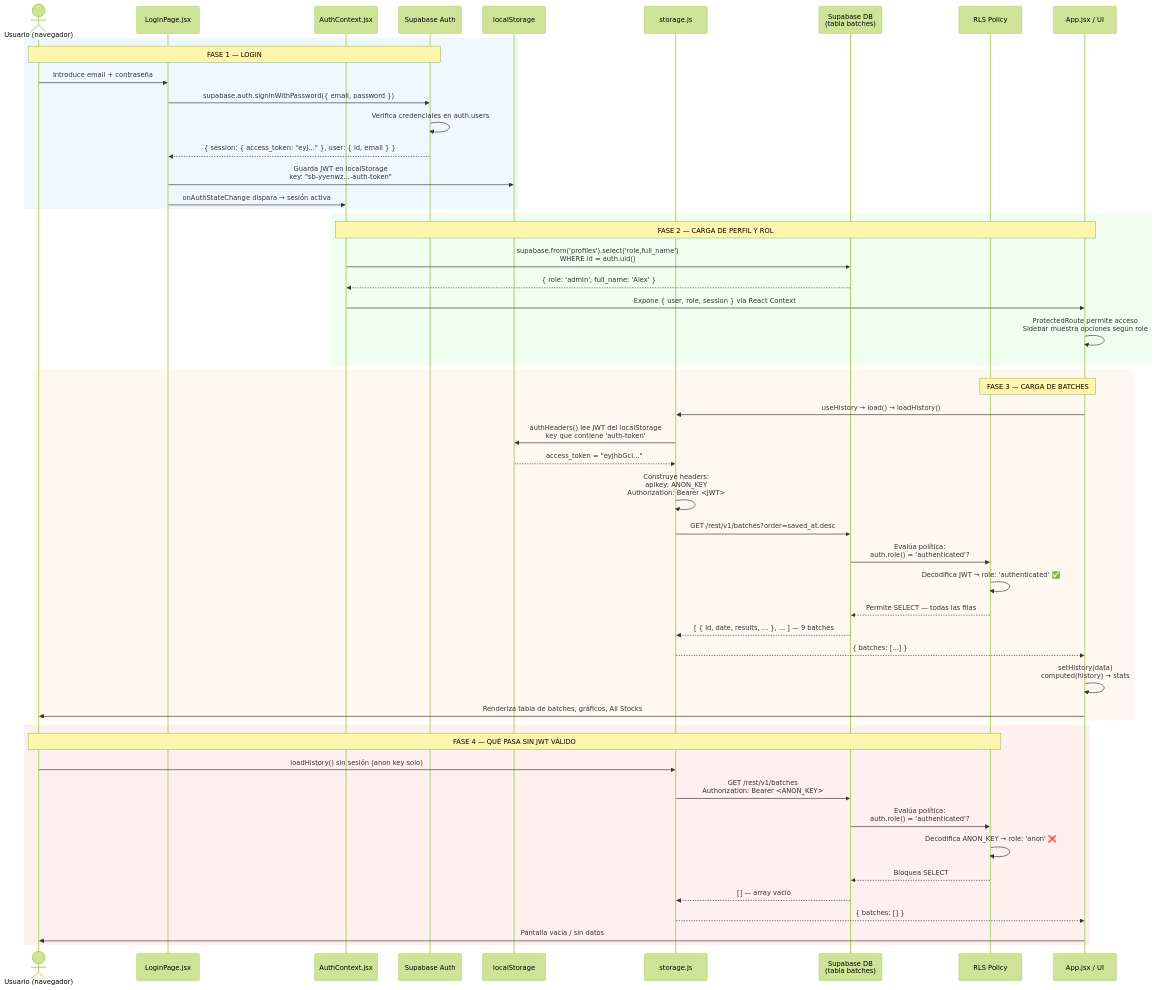
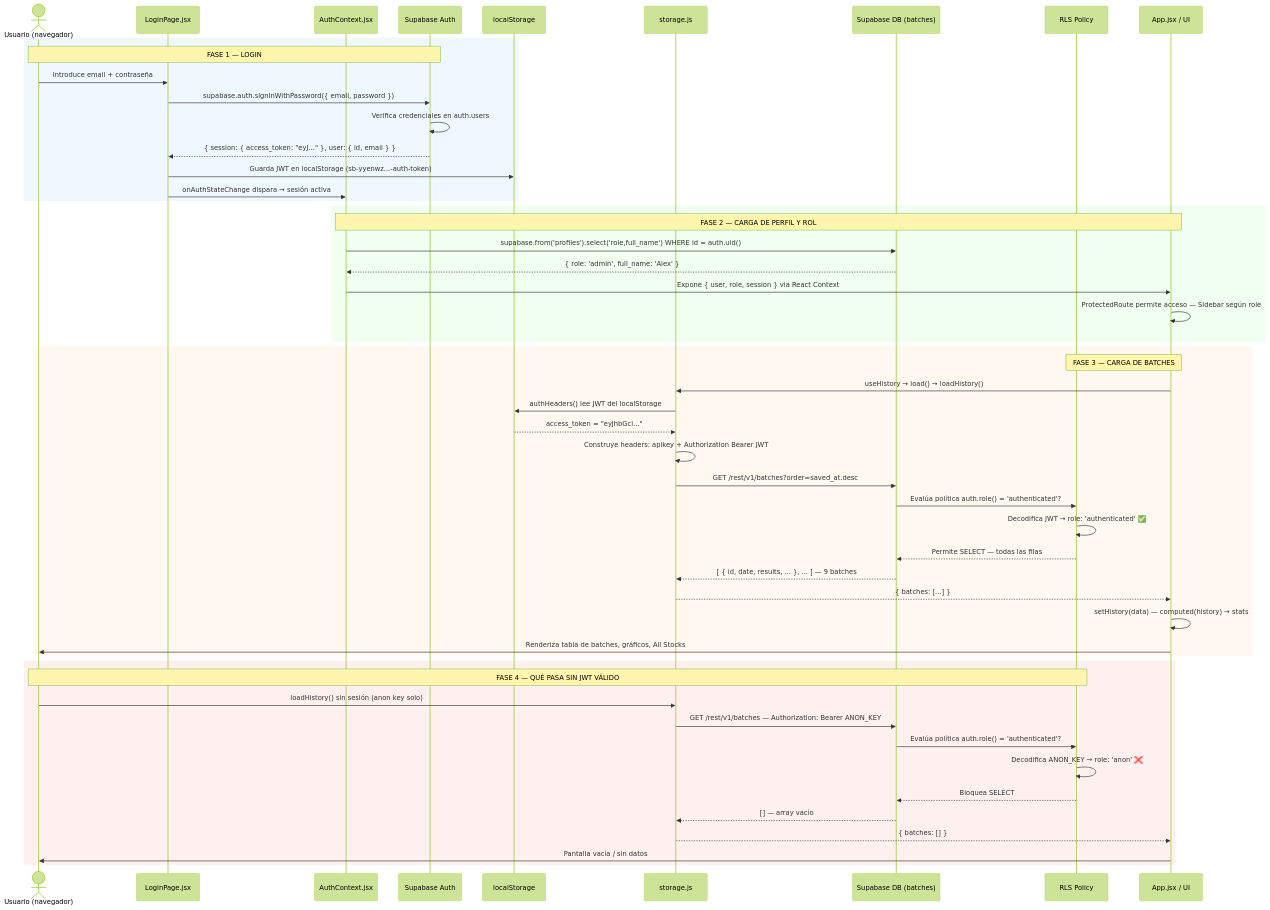
One commit to alpyengine/openbank-price-prediction changed the diagram in docs/AUTH_FLOW.md. Above: the diagram before and after it, drawn with Mermaid (forest theme).

Commit message:
docs: fix Mermaid diagram rendering in AUTH_FLOW.md  AUTH_FLOW.md: removed <br/> tags from sequenceDiagram blocks —   invalid Mermaid syntax causing 'Unable to render rich display' error.   Replaced with em dashes and inline text."

````diff
--- a/docs/AUTH_FLOW.md
+++ b/docs/AUTH_FLOW.md
@@ -94,58 +94,58 @@
 ```mermaid
 sequenceDiagram
     actor U as Usuario (navegador)
     participant LP as LoginPage.jsx
     participant AC as AuthContext.jsx
     participant SB as Supabase Auth
     participant LS as localStorage
     participant ST as storage.js
-    participant DB as Supabase DB<br/>(tabla batches)
+    participant DB as Supabase DB (batches)
     participant RLS as RLS Policy
     participant APP as App.jsx / UI
 
     rect rgb(240, 248, 255)
         Note over U,SB: FASE 1 — LOGIN
         U->>LP: Introduce email + contraseña
         LP->>SB: supabase.auth.signInWithPassword({ email, password })
         SB->>SB: Verifica credenciales en auth.users
         SB-->>LP: { session: { access_token: "eyJ..." }, user: { id, email } }
-        LP->>LS: Guarda JWT en localStorage<br/>key: "sb-yyenwz...-auth-token"
+        LP->>LS: Guarda JWT en localStorage (sb-yyenwz...-auth-token)
         LP->>AC: onAuthStateChange dispara → sesión activa
     end
 
     rect rgb(240, 255, 240)
         Note over AC,APP: FASE 2 — CARGA DE PERFIL Y ROL
-        AC->>DB: supabase.from('profiles').select('role,full_name')<br/>WHERE id = auth.uid()
+        AC->>DB: supabase.from('profiles').select('role,full_name') WHERE id = auth.uid()
         DB-->>AC: { role: 'admin', full_name: 'Alex' }
         AC->>APP: Expone { user, role, session } via React Context
-        APP->>APP: ProtectedRoute permite acceso<br/>Sidebar muestra opciones según role
+        APP->>APP: ProtectedRoute permite acceso — Sidebar según role
     end
 
     rect rgb(255, 248, 240)
         Note over APP,RLS: FASE 3 — CARGA DE BATCHES
         APP->>ST: useHistory → load() → loadHistory()
-        ST->>LS: authHeaders() lee JWT del localStorage<br/>key que contiene 'auth-token'
+        ST->>LS: authHeaders() lee JWT del localStorage
         LS-->>ST: access_token = "eyJhbGci..."
-        ST->>ST: Construye headers:<br/>apikey: ANON_KEY<br/>Authorization: Bearer <JWT>
+        ST->>ST: Construye headers: apikey + Authorization Bearer JWT
         ST->>DB: GET /rest/v1/batches?order=saved_at.desc
-        DB->>RLS: Evalúa política:<br/>auth.role() = 'authenticated'?
+        DB->>RLS: Evalúa política auth.role() = 'authenticated'?
         RLS->>RLS: Decodifica JWT → role: 'authenticated' ✅
         RLS-->>DB: Permite SELECT — todas las filas
         DB-->>ST: [ { id, date, results, ... }, ... ] — 9 batches
         ST-->>APP: { batches: [...] }
-        APP->>APP: setHistory(data)<br/>computed(history) → stats
+        APP->>APP: setHistory(data) — computed(history) → stats
         APP->>U: Renderiza tabla de batches, gráficos, All Stocks
     end
 
     rect rgb(255, 240, 240)
         Note over U,RLS: FASE 4 — QUÉ PASA SIN JWT VÁLIDO
         U->>ST: loadHistory() sin sesión (anon key solo)
-        ST->>DB: GET /rest/v1/batches<br/>Authorization: Bearer <ANON_KEY>
-        DB->>RLS: Evalúa política:<br/>auth.role() = 'authenticated'?
+        ST->>DB: GET /rest/v1/batches — Authorization: Bearer ANON_KEY
+        DB->>RLS: Evalúa política auth.role() = 'authenticated'?
         RLS->>RLS: Decodifica ANON_KEY → role: 'anon' ❌
         RLS-->>DB: Bloquea SELECT
         DB-->>ST: [] — array vacío
         ST-->>APP: { batches: [] }
         APP->>U: Pantalla vacía / sin datos
     end
 ```
````
